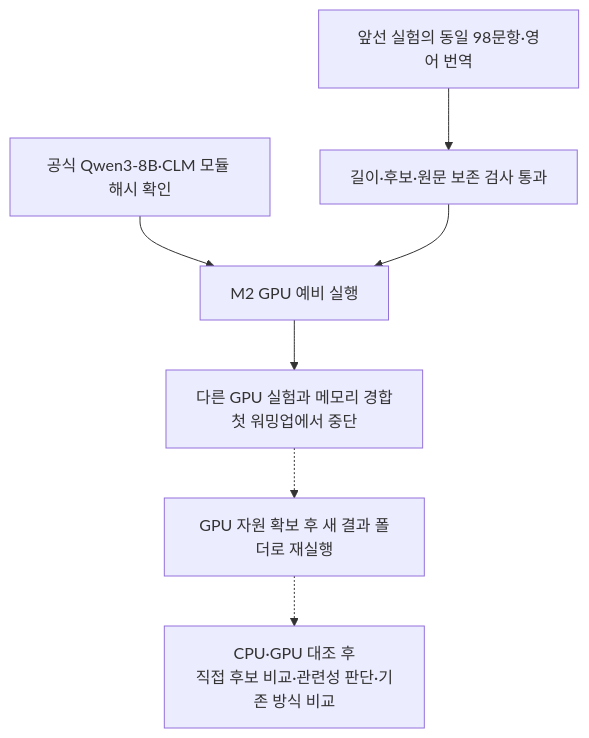
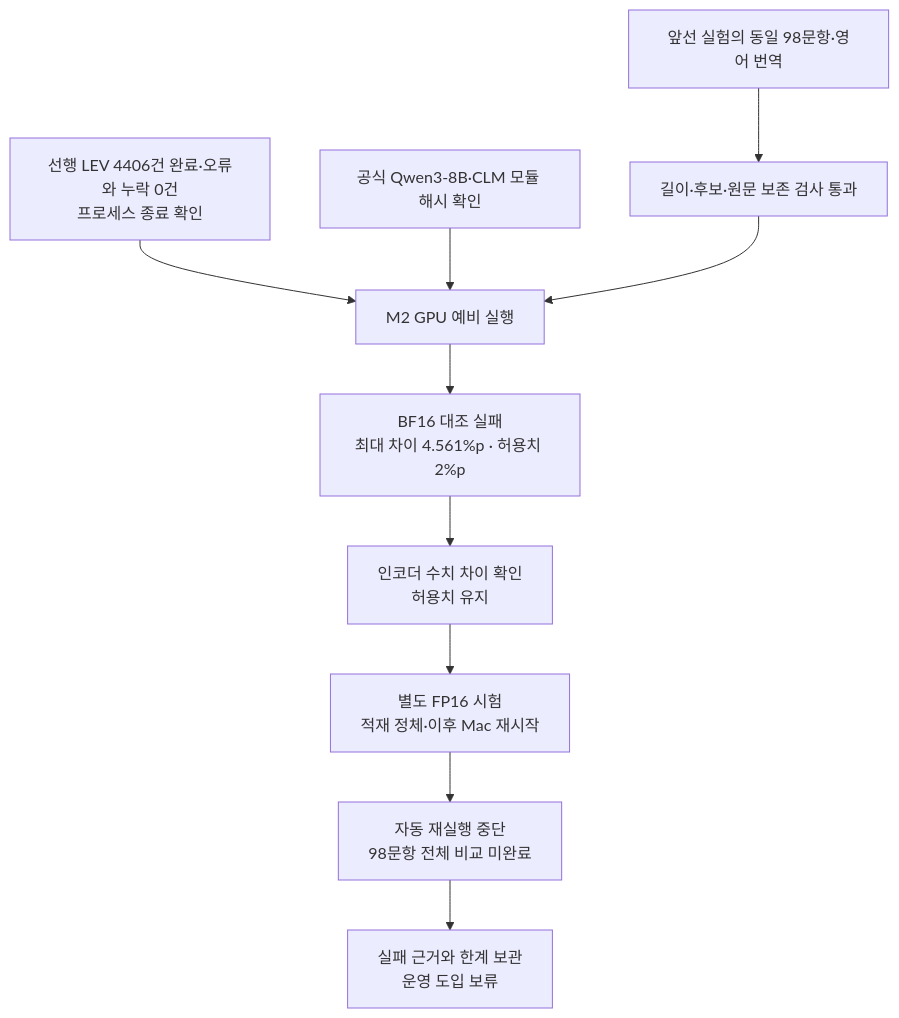
One commit to pmh10401/cs-excel-rag changed the tenth of 11 diagrams in docs/전체-프로그램-플로우.md. Above: the diagram before and after it, drawn with Mermaid. The commit also changed other lines of this file and 3 other files, not shown here.

````diff
--- a/docs/전체-프로그램-플로우.md
+++ b/docs/전체-프로그램-플로우.md
@@ -309,9 +309,12 @@
 ```mermaid
 flowchart TD
     SNAP[앞선 실험의 동일 98문항·영어 번역] --> INPUT[길이·후보·원문 보존 검사 통과]
-    MODEL[공식 Qwen3-8B·CLM 모듈 해시 확인] --> START[M2 GPU 예비 실행]
+    PRIOR[선행 LEV 4406건 완료·오류와 누락 0건<br/>프로세스 종료 확인] --> START[M2 GPU 예비 실행]
+    MODEL[공식 Qwen3-8B·CLM 모듈 해시 확인] --> START
     INPUT --> START
-    START --> WAIT[다른 GPU 실험과 메모리 경합<br/>첫 워밍업에서 중단]
-    WAIT -.-> RESUME[GPU 자원 확보 후 새 결과 폴더로 재실행]
-    RESUME -.-> CHECK[CPU·GPU 대조 후<br/>직접 후보 비교·관련성 판단·기존 방식 비교]
+    START --> BF16[BF16 대조 실패<br/>최대 차이 4.561%p · 허용치 2%p]
+    BF16 --> DIAG[인코더 수치 차이 확인<br/>허용치 유지]
+    DIAG --> FP16[별도 FP16 시험<br/>적재 정체·이후 Mac 재시작]
+    FP16 --> STOP[자동 재실행 중단<br/>98문항 전체 비교 미완료]
+    STOP --> REPORT[실패 근거와 한계 보관<br/>운영 도입 보류]
 ```
````
